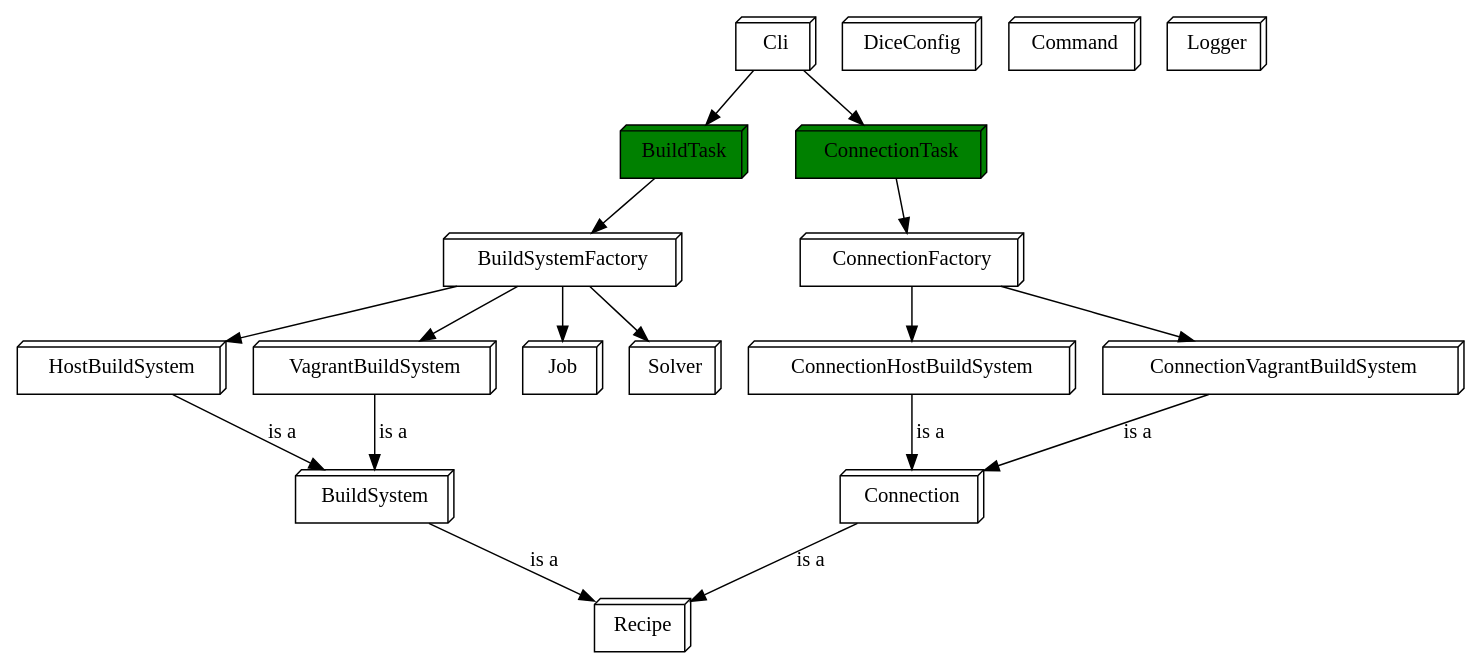
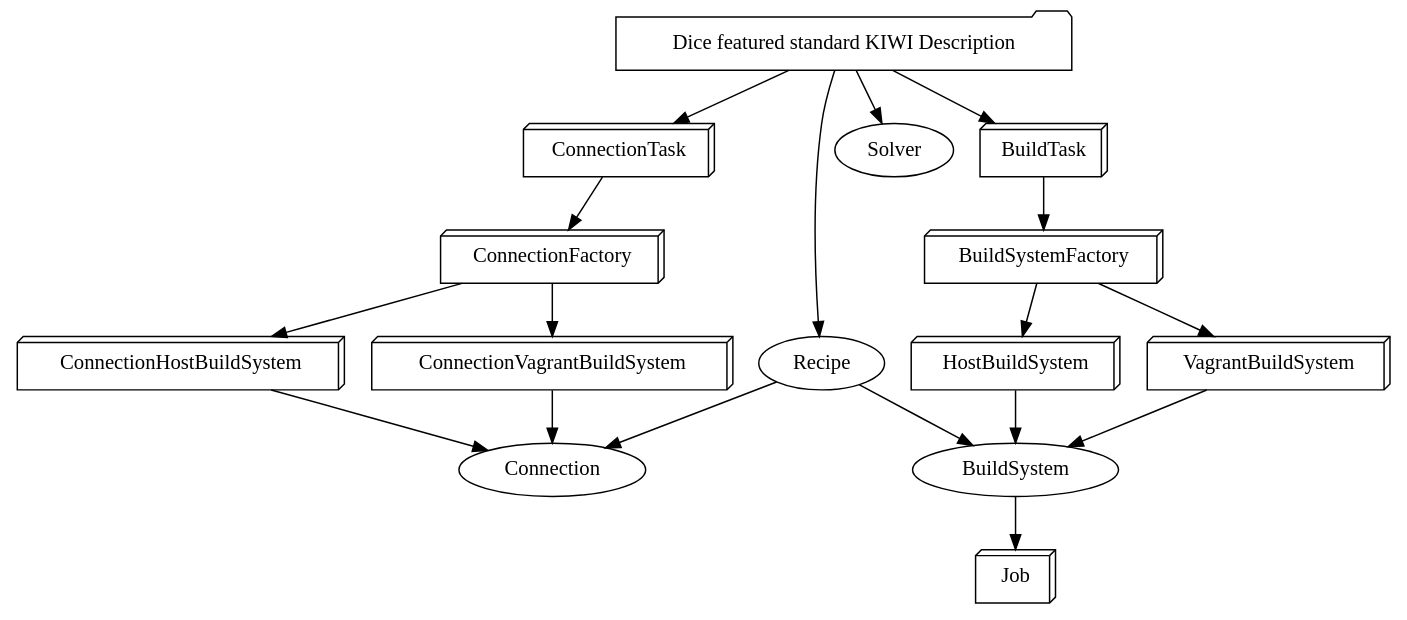
Before and after one commit to OSInside/dice: the diagram in .dice.dot, drawn with Graphviz.

Commit message:
Update dot graph

```diff
--- a/.dice.dot
+++ b/.dice.dot
@@ -1,53 +1,63 @@
-// dot -Tpng -oMyGraph.png dice/.dice.dot
+// dot -Gsplines=ortho -Tpng -oMyGraph.png dice/.dice.dot
 
 digraph G {
   {
     node [shape=box3d]
-    Cli
-    BuildTask [fillcolor=green style=filled]
-    ConnectionTask [fillcolor=green style=filled]
+    Job
+    BuildSystemFactory
+    HostBuildSystem
+    VagrantBuildSystem
+    ConnectionTask
+    BuildTask
+    ConnectionFactory
     ConnectionHostBuildSystem
     ConnectionVagrantBuildSystem
-    Connection
-    HostBuildSystem
-    VagrantBuildSystem
-    BuildSystem
-    ConnectionFactory
-    BuildSystemFactory
-    Job
+//    Command
+//    DiceConfig
+  }
+  
+  {
+    node [shape=folder]
+    Description [label="Dice featured standard KIWI Description"]
+  }
+
+  {
+//    Logger
     Solver
     Recipe
-    DiceConfig
-    Command
-    Logger
+    BuildSystem
   }
 
-  Logger;
-  Command;
-  DiceConfig;
+  Description -> BuildTask
 
-  Cli -> BuildTask;
-    
-  Cli -> ConnectionTask;
+  Description -> Solver
 
-  ConnectionHostBuildSystem -> Connection [label="is a"];
-  ConnectionVagrantBuildSystem -> Connection [label="is a"];
-  Connection -> Recipe [label="is a"];
+  Description -> ConnectionTask
 
-  HostBuildSystem -> BuildSystem [label="is a"];
-  VagrantBuildSystem -> BuildSystem [label="is a"];
-  BuildSystem -> Recipe [label="is a"];
+  Description -> Recipe
 
-  ConnectionFactory -> ConnectionVagrantBuildSystem;
-  ConnectionFactory -> ConnectionHostBuildSystem;
-
-  ConnectionTask -> ConnectionFactory;
-
-  BuildSystemFactory -> Job;
-  BuildSystemFactory -> Solver;
 
   BuildSystemFactory -> HostBuildSystem
   BuildSystemFactory -> VagrantBuildSystem
 
-  BuildTask -> BuildSystemFactory;
+  BuildTask -> BuildSystemFactory
+
+  HostBuildSystem -> BuildSystem
+  VagrantBuildSystem -> BuildSystem
+
+  BuildSystem -> Job
+  Recipe -> BuildSystem
+
+  ConnectionFactory -> ConnectionHostBuildSystem
+  ConnectionFactory -> ConnectionVagrantBuildSystem
+
+  ConnectionTask -> ConnectionFactory
+
+  ConnectionHostBuildSystem -> Connection
+  ConnectionVagrantBuildSystem -> Connection
+
+  Recipe -> Connection
+
+//  DiceConfig -> Recipe
+
 }
```
